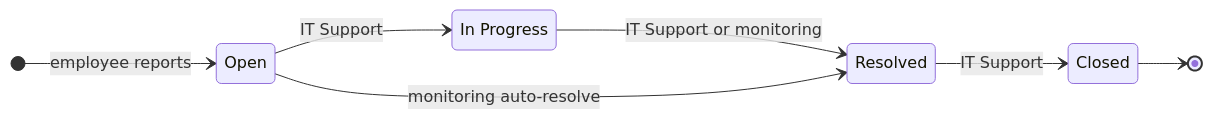
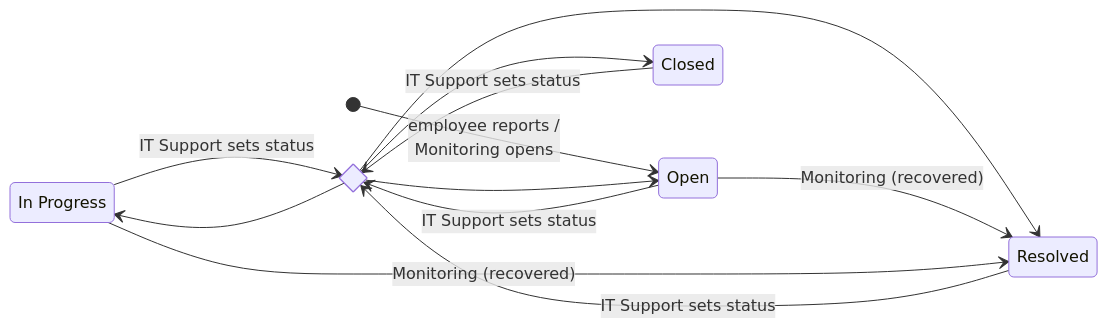
The diagram in project/docs/diagrams/04-incident-lifecycle.mmd (merictopal/incident-management-system), drawn with Mermaid before and after one commit. The commit also changed 16 other files, not shown here.

Commit message:
Align diagrams with the course diagram rules and the code

```diff
--- a/project/docs/diagrams/04-incident-lifecycle.mmd
+++ b/project/docs/diagrams/04-incident-lifecycle.mmd
@@ -1,9 +1,15 @@
 stateDiagram-v2
     direction LR
     InProgress: In Progress
-    [*] --> Open: employee reports
-    Open --> InProgress: IT Support
-    InProgress --> Resolved: IT Support or monitoring
-    Open --> Resolved: monitoring auto-resolve
-    Resolved --> Closed: IT Support
-    Closed --> [*]
+    state change <<choice>>
+    [*] --> Open: employee reports /<br/>Monitoring opens
+    Open --> change: IT Support sets status
+    InProgress --> change: IT Support sets status
+    Resolved --> change: IT Support sets status
+    Closed --> change: IT Support sets status
+    change --> Open
+    change --> InProgress
+    change --> Resolved
+    change --> Closed
+    Open --> Resolved: Monitoring (recovered)
+    InProgress --> Resolved: Monitoring (recovered)
```
